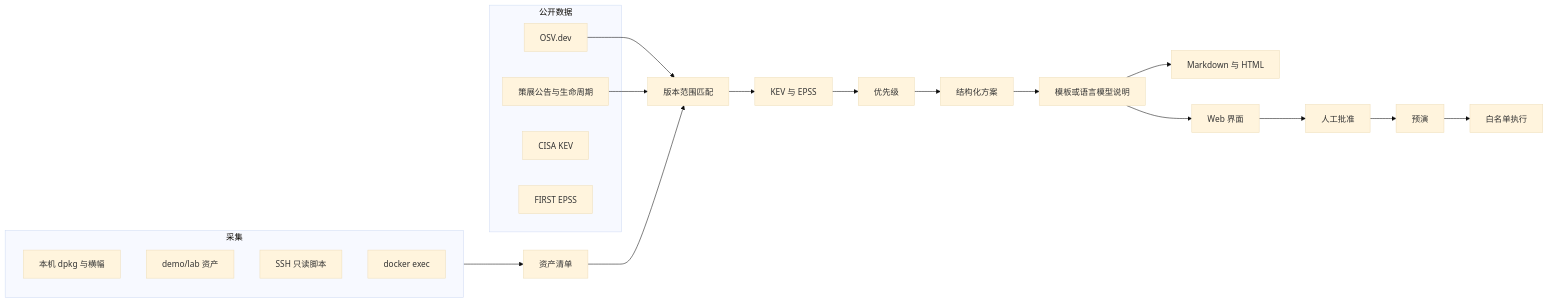
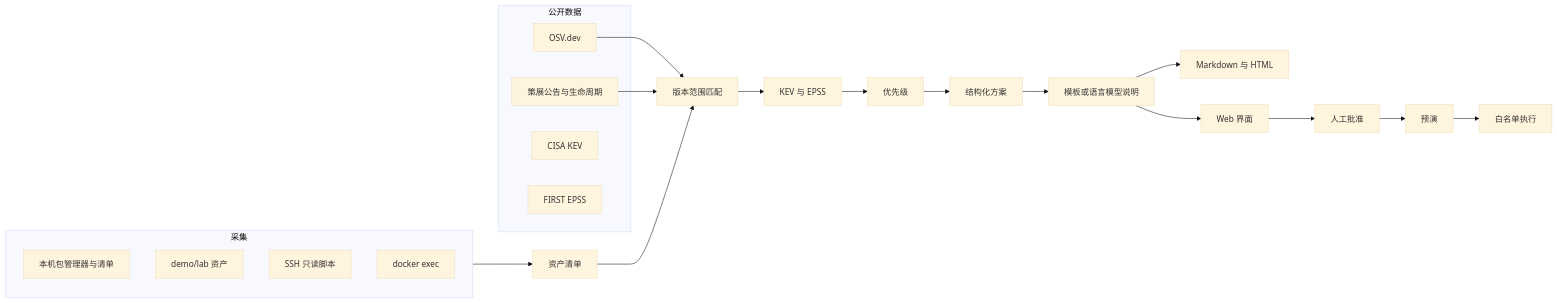
The diagram in docs/设计文档.md (bigdu332/moshi-vuln-guard), drawn with Mermaid (base theme) before and after one commit. The commit also changed other lines of this file and 24 other files, not shown here.

````diff
--- a/docs/设计文档.md
+++ b/docs/设计文档.md
@@ -18,28 +18,28 @@
 ```mermaid
 flowchart LR
   subgraph collect [采集]
-    Local[本机 dpkg 与横幅]
-    Fix[demo/lab 资产]
+    Local[本机包管理器与清单]
+    Lab[demo/lab 资产]
     SSH[SSH 只读脚本]
     Docker[docker exec]
   end
   subgraph intel [公开数据]
     OSV[OSV.dev]
     Curated[策展公告与生命周期]
     KEV[CISA KEV]
     EPSS[FIRST EPSS]
   end
   collect --> Assets[资产清单]
   OSV --> Match[版本范围匹配]
   Curated --> Match
   Assets --> Match
   Match --> Enrich[KEV 与 EPSS]
   Enrich --> Score[优先级]
   Score --> Plan[结构化方案]
   Plan --> Text[模板或语言模型说明]
   Text --> Report[Markdown 与 HTML]
   Text --> UI[Web 界面]
   UI --> Human[人工批准]
   Human --> Dry[预演]
   Dry --> Apply[白名单执行]
 ```
````
